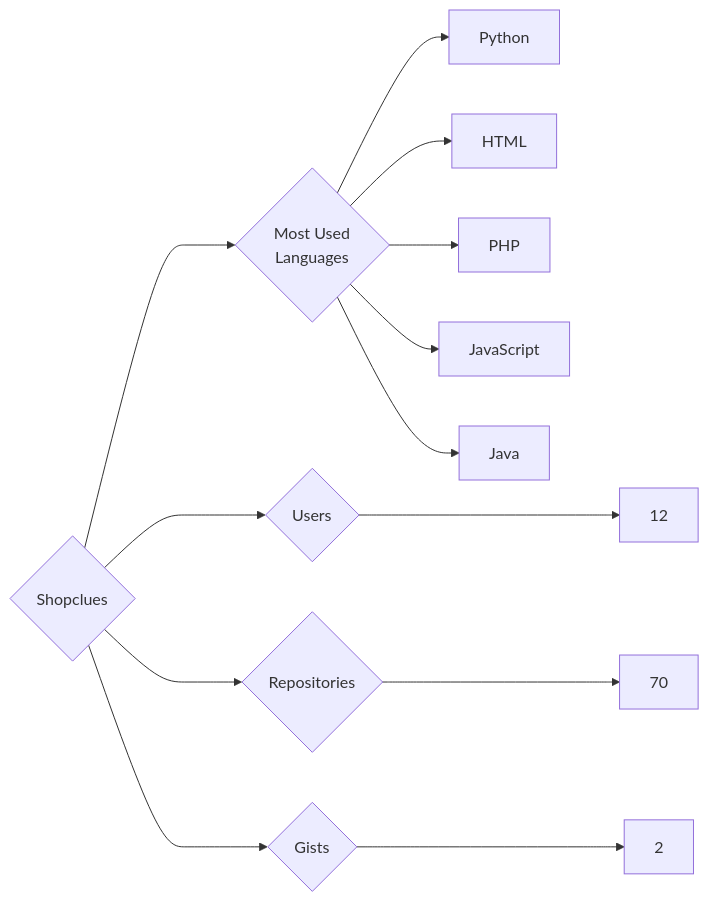
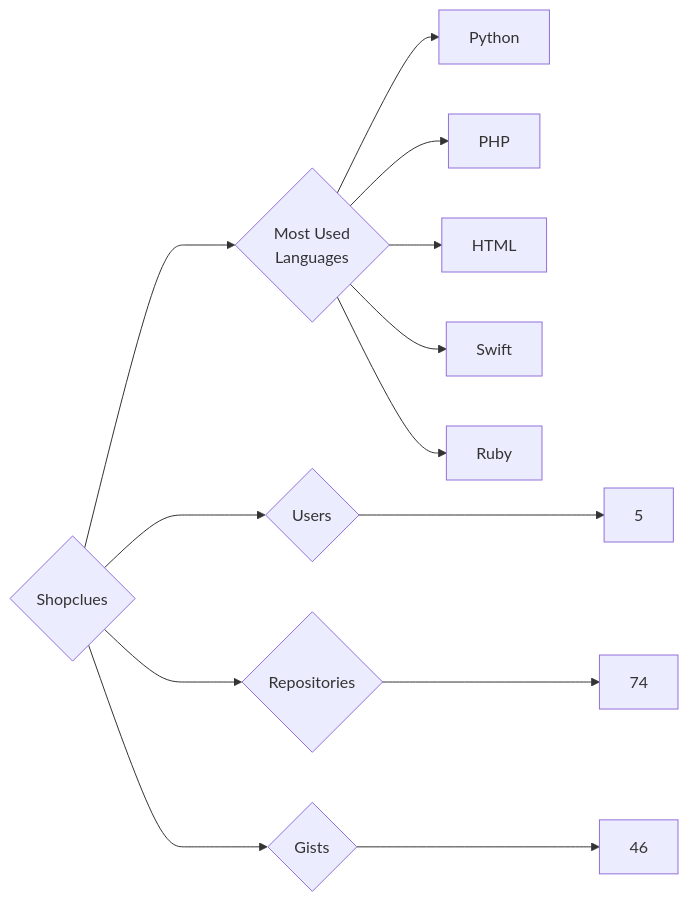
Before and after one commit to trickest/insiders: the diagram in targets/Shopclues/README.md, drawn with Mermaid. The commit also changed 870 other files, not shown here.

````diff
--- a/targets/Shopclues/README.md
+++ b/targets/Shopclues/README.md
@@ -3,13 +3,13 @@
 ```mermaid
 graph LR
 COMPANY_NAME{Shopclues}
-COMPANY_NAME ---> U{Users} ---> UN[12]
-COMPANY_NAME ---> R{Repositories} ---> RN[70]
-COMPANY_NAME ---> G{Gists} ---> GN[2]
+COMPANY_NAME ---> U{Users} ---> UN[5]
+COMPANY_NAME ---> R{Repositories} ---> RN[74]
+COMPANY_NAME ---> G{Gists} ---> GN[46]
 COMPANY_NAME ---> ML{Most Used<br>Languages}
 ML --> Python[Python]
+ML --> PHP[PHP]
 ML --> HTML[HTML]
-ML --> PHP[PHP]
-ML --> JavaScript[JavaScript]
-ML --> Java[Java]
+ML --> Swift[Swift]
+ML --> Ruby[Ruby]
 ```
````
